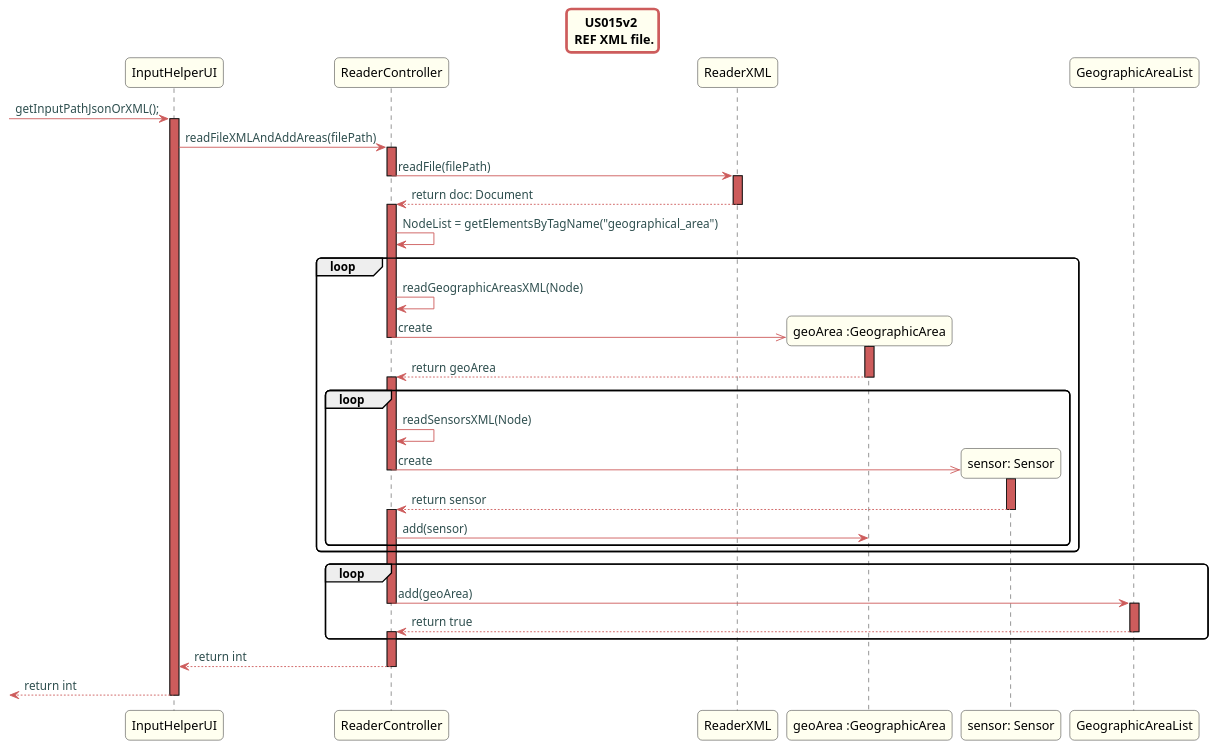
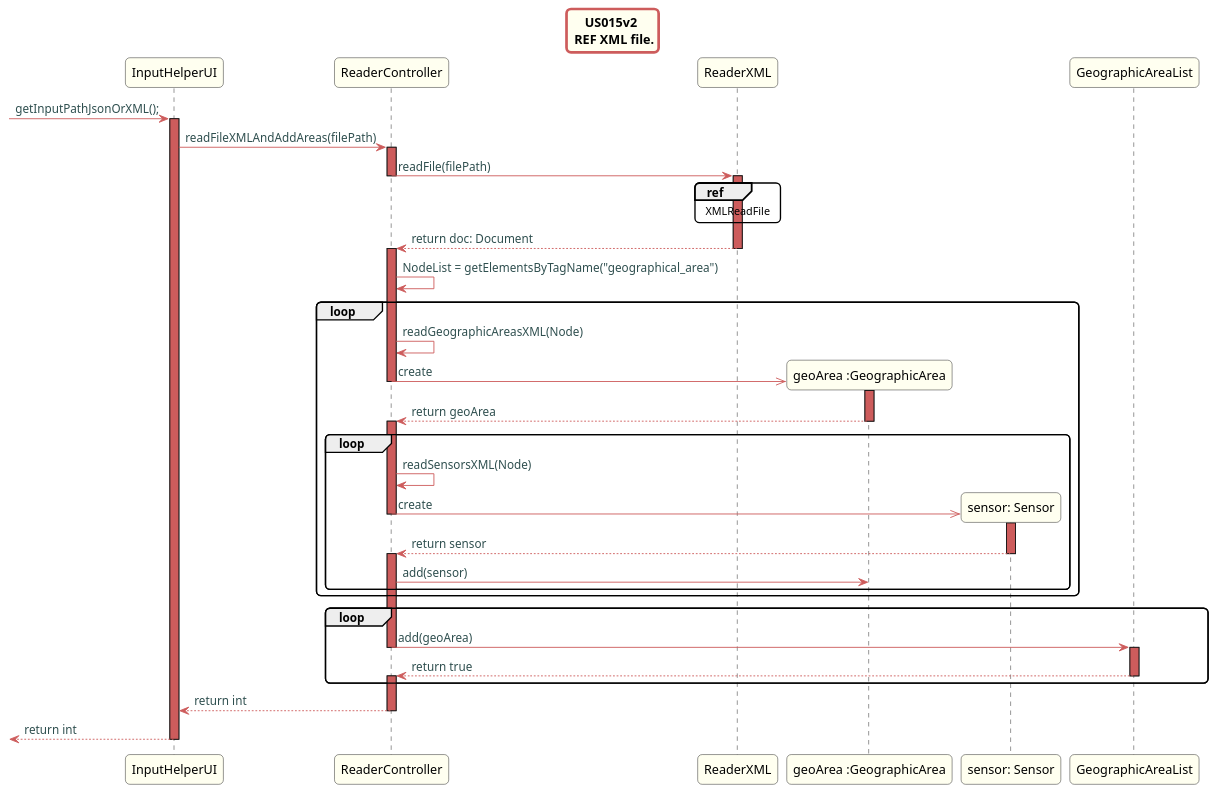
Before and after one commit to Almadanmp/project: the diagram in src/doc/Controllers/HouseConfiguration/US15v2/US15v2_REF_XML_sd_HouseConfiguration.puml, drawn with PlantUML. The commit also changed 4 other files, not shown here.

Commit message:
REF #178 changes way to import .xml and .json files

```diff
--- a/src/doc/Controllers/HouseConfiguration/US15v2/US15v2_REF_XML_sd_HouseConfiguration.puml
+++ b/src/doc/Controllers/HouseConfiguration/US15v2/US15v2_REF_XML_sd_HouseConfiguration.puml
@@ -1,80 +1,82 @@
 @startuml
 title US015v2 \n REF XML file.
 skinparam titleBorderRoundCorner 10
 skinparam titleBorderThickness 3
 skinparam titleBorderColor indianred
 skinparam titleBackgroundColor ivory
 skinparam FontName quicksand
 
 skinparam actor {
   BorderColor indianred
   }
 
 skinparam sequence {
   LifeLineBackgroundColor indianred
   ParticipantBackgroundColor ivory
 }
 
 skinparam roundcorner 10
 
 skinparam component {
   arrowThickness 1
   ArrowFontName Verdana
   ArrowColor indianred
   ArrowFontColor darkslategrey
 }
 
 -> InputHelperUI: getInputPathJsonOrXML();
 activate InputHelperUI
 InputHelperUI -> ReaderController: readFileXMLAndAddAreas(filePath)
 activate ReaderController
 ReaderController -> ReaderXML: readFile(filePath)
 deactivate ReaderController
 activate ReaderXML
-
+ref over ReaderXML
+XMLReadFile
+end ref
 ReaderXML --> ReaderController: return doc: Document
 deactivate ReaderXML
 
 activate ReaderController
 ReaderController->ReaderController:NodeList = getElementsByTagName("geographical_area")
 loop
 ReaderController->ReaderController:readGeographicAreasXML(Node)
 create "geoArea :GeographicArea"
 ReaderController ->> "geoArea :GeographicArea": create
 activate "geoArea :GeographicArea"
 deactivate ReaderController
 
 "geoArea :GeographicArea" --> ReaderController: return geoArea
 deactivate "geoArea :GeographicArea"
 activate ReaderController
 loop
 ReaderController->ReaderController:readSensorsXML(Node)
 create "sensor: Sensor"
 ReaderController ->> "sensor: Sensor": create
 activate "sensor: Sensor"
 deactivate ReaderController
 
 "sensor: Sensor" --> ReaderController: return sensor
 deactivate "sensor: Sensor"
 
 activate ReaderController
 ReaderController -> "geoArea :GeographicArea": add(sensor)
 end loop
 end loop
 
 loop
 ReaderController -> GeographicAreaList: add(geoArea)
 deactivate ReaderController
 activate GeographicAreaList
 
 GeographicAreaList-->ReaderController: return true
 deactivate GeographicAreaList
 
 activate ReaderController
 
 end loop
 ReaderController --> InputHelperUI: return int
 deactivate ReaderController
  <-- InputHelperUI: return int
  deactivate InputHelperUI
 @enduml
```
